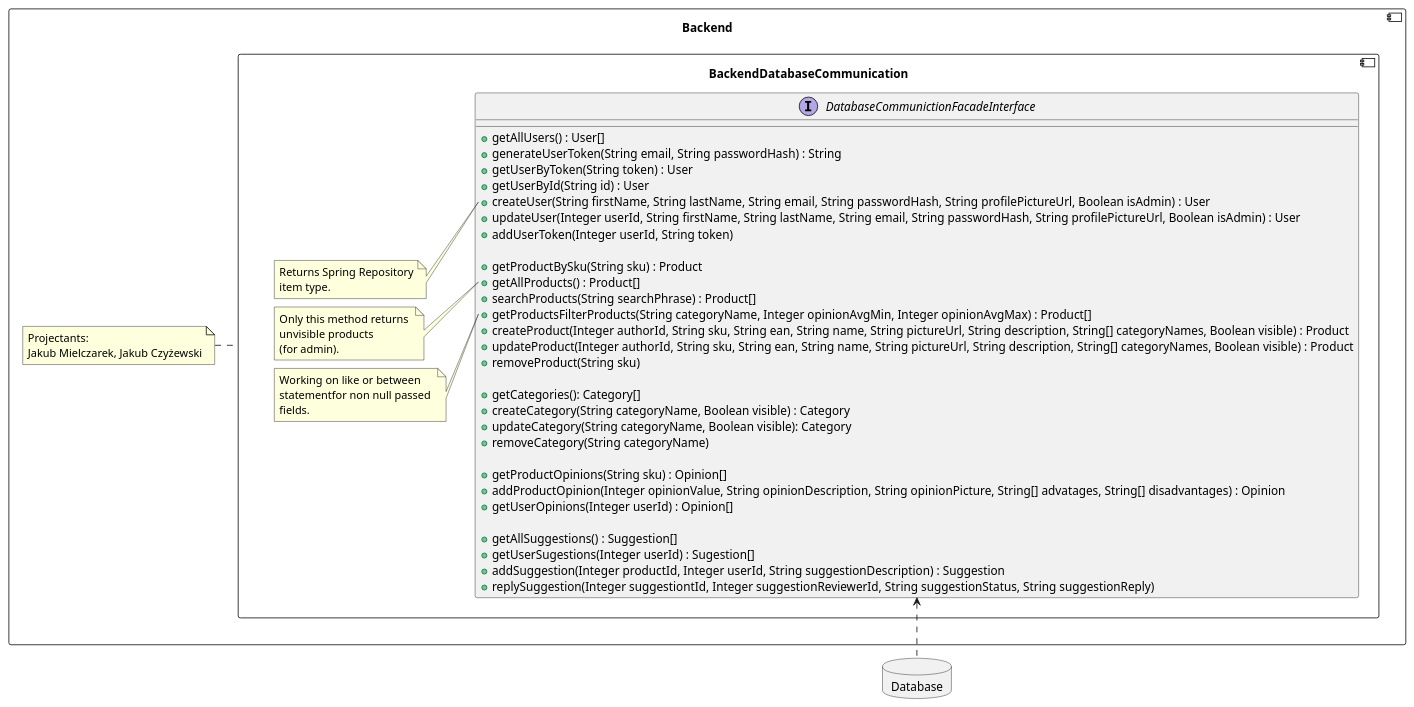
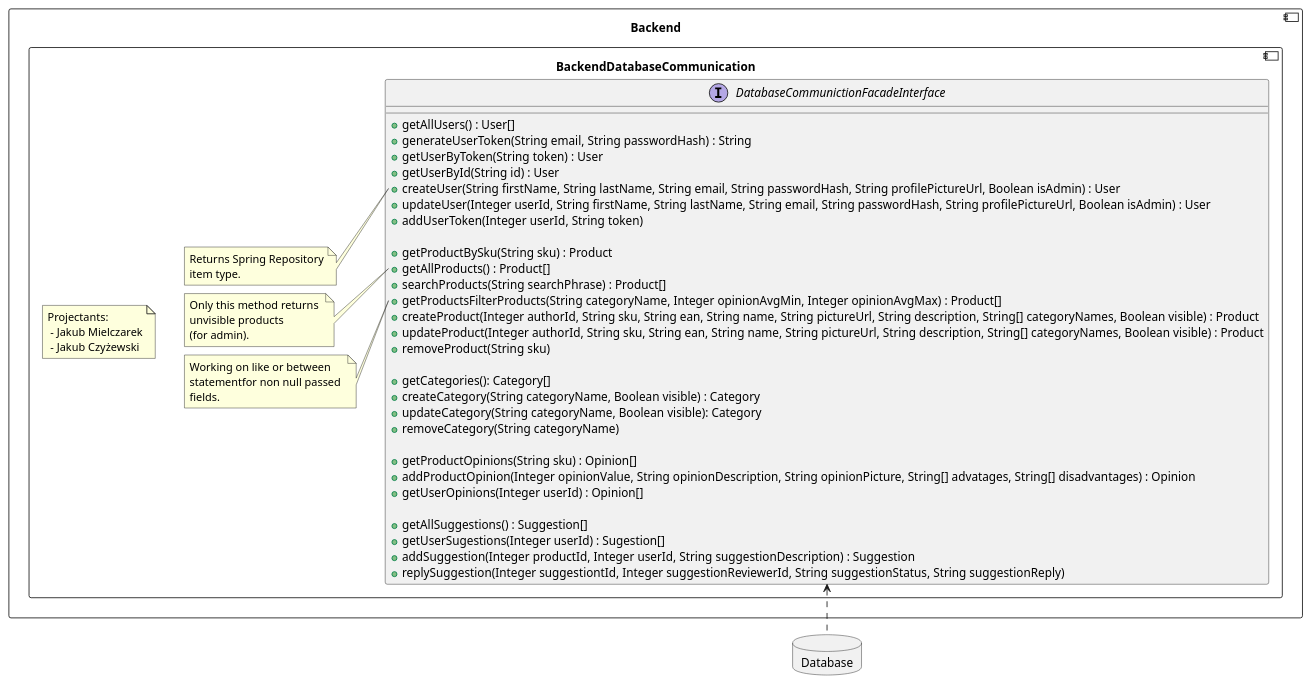
The diagram in backend/BackendDatabaseCommunication.md (RadekBucki/OpinionCollectorArchitecture), drawn with PlantUML before and after one commit. The commit also changed 1 other file, not shown here.

Commit message:
Add authors

````diff
--- a/backend/BackendDatabaseCommunication.md
+++ b/backend/BackendDatabaseCommunication.md
@@ -3,65 +3,66 @@
 ```plantuml
 @startuml
 
 database Database {
 }
 component Backend {
     component BackendDatabaseCommunication {
+        note as Authors
+            Projectants: 
+             - Jakub Mielczarek
+             - Jakub Czyżewski
+        endnote
         interface DatabaseCommunictionFacadeInterface {
             + getAllUsers() : User[]
             + generateUserToken(String email, String passwordHash) : String
             + getUserByToken(String token) : User
             + getUserById(String id) : User
             + createUser(String firstName, String lastName, String email, String passwordHash, String profilePictureUrl, Boolean isAdmin) : User
             + updateUser(Integer userId, String firstName, String lastName, String email, String passwordHash, String profilePictureUrl, Boolean isAdmin) : User
             + addUserToken(Integer userId, String token)
             
             + getProductBySku(String sku) : Product
             + getAllProducts() : Product[]
             + searchProducts(String searchPhrase) : Product[]
             + getProductsFilterProducts(String categoryName, Integer opinionAvgMin, Integer opinionAvgMax) : Product[]
             + createProduct(Integer authorId, String sku, String ean, String name, String pictureUrl, String description, String[] categoryNames, Boolean visible) : Product
             + updateProduct(Integer authorId, String sku, String ean, String name, String pictureUrl, String description, String[] categoryNames, Boolean visible) : Product
             + removeProduct(String sku)
             
             + getCategories(): Category[]
             + createCategory(String categoryName, Boolean visible) : Category
             + updateCategory(String categoryName, Boolean visible): Category
             + removeCategory(String categoryName)
             
             + getProductOpinions(String sku) : Opinion[]
             + addProductOpinion(Integer opinionValue, String opinionDescription, String opinionPicture, String[] advatages, String[] disadvantages) : Opinion
             + getUserOpinions(Integer userId) : Opinion[]
             
             + getAllSuggestions() : Suggestion[]
             + getUserSugestions(Integer userId) : Sugestion[]
             + addSuggestion(Integer productId, Integer userId, String suggestionDescription) : Suggestion
             + replySuggestion(Integer suggestiontId, Integer suggestionReviewerId, String suggestionStatus, String suggestionReply)
         }
         note left of DatabaseCommunictionFacadeInterface::createUser
             Returns Spring Repository
             item type.
         endnote
         
         note left of DatabaseCommunictionFacadeInterface::getAllProducts
             Only this method returns 
             unvisible products
             (for admin).
         endnote
         
         note left of DatabaseCommunictionFacadeInterface::getProductsFilterProducts
             Working on like or between 
             statementfor non null passed 
             fields.
         endnote
     }
-    note left of BackendDatabaseCommunication {
-        Projectants: 
-        Jakub Mielczarek, Jakub Czyżewski
-    }
 }
 
 DatabaseCommunictionFacadeInterface <.. Database
 
 @enduml 
 ```
````
